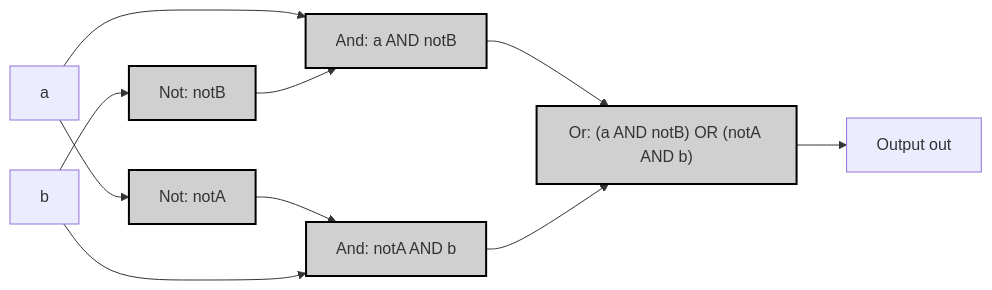
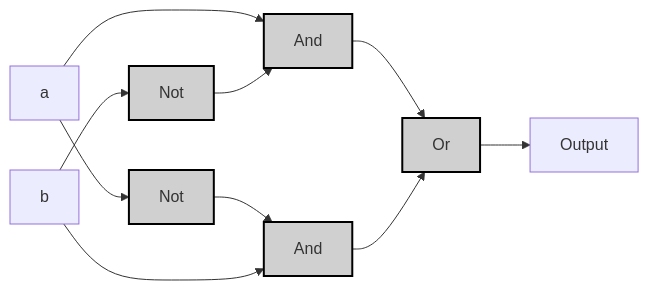
One commit to MeJamoLeo/Vault_Templates changed the second of 3 diagrams in 99_Projects/Nand2Tetris/HackHDL/04_Xor.md. Above: the diagram before and after it, drawn with Mermaid. The commit also changed 2 other files, not shown here.

Commit message:
vault backup: 2025-03-05 12:13:09

````diff
--- a/99_Projects/Nand2Tetris/HackHDL/04_Xor.md
+++ b/99_Projects/Nand2Tetris/HackHDL/04_Xor.md
@@ -70,20 +70,20 @@
 ```mermaid
 graph LR;
-    A["a"] --> NotA["Not: notA"];
-    B["b"] --> NotB["Not: notB"];
+    A["a"] --> NotA["Not"];
+    B["b"] --> NotB["Not"];
 
-    A --> And1["And: a AND notB"];
+    A --> And1["And"];
     NotB --> And1;
 
-    NotA --> And2["And: notA AND b"];
+    NotA --> And2["And"];
     B --> And2;
 
-    And1 --> OrGate["Or: (a AND notB) OR (notA AND b)"];
+    And1 --> OrGate["Or"];
     And2 --> OrGate;
 
-    OrGate --> Out["Output out"];
+    OrGate --> Out["Output"];
 
     classDef gate fill:#d0d0d0,stroke:#000,stroke-width:2px;
     class NotA,NotB,And1,And2,OrGate gate;
 
 ```
````
